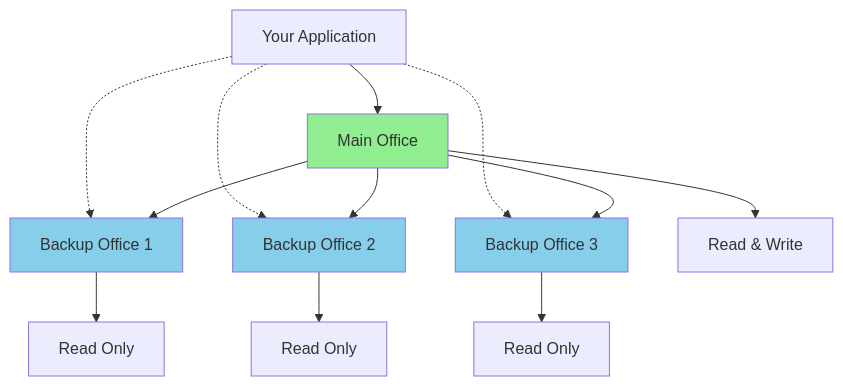
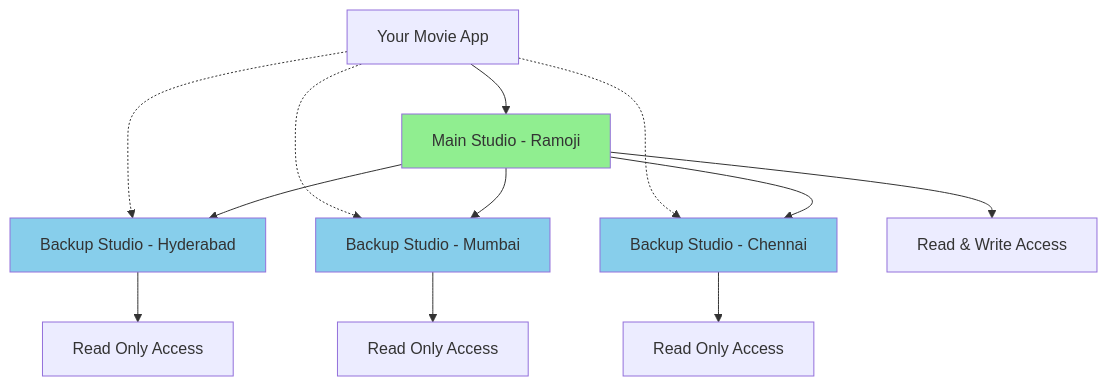
One commit to viswanathsandu/QuickGuides changed the ninth of 11 diagrams in mongodb-nature-guide.md. Above: the diagram before and after it, drawn with Mermaid. The commit also changed other lines of this file, not shown here.

````diff
--- a/mongodb-nature-guide.md
+++ b/mongodb-nature-guide.md
@@ -643,21 +787,21 @@
 ```mermaid
 graph TB
-    A[Main Office] --> B[Backup Office 1]
-    A --> C[Backup Office 2]  
-    A --> D[Backup Office 3]
+    A[Main Studio - Ramoji] --> B[Backup Studio - Hyderabad]
+    A --> C[Backup Studio - Mumbai]  
+    A --> D[Backup Studio - Chennai]
     
-    E[Your Application] --> A
+    E[Your Movie App] --> A
     E -.-> B
     E -.-> C
     E -.-> D
     
-    A --> A1[Read & Write]
-    B --> B1[Read Only]
-    C --> C1[Read Only] 
-    D --> D1[Read Only]
+    A --> A1[Read & Write Access]
+    B --> B1[Read Only Access]
+    C --> C1[Read Only Access] 
+    D --> D1[Read Only Access]
     
     style A fill:#90EE90
     style B fill:#87CEEB
     style C fill:#87CEEB
     style D fill:#87CEEB
 ```
````
